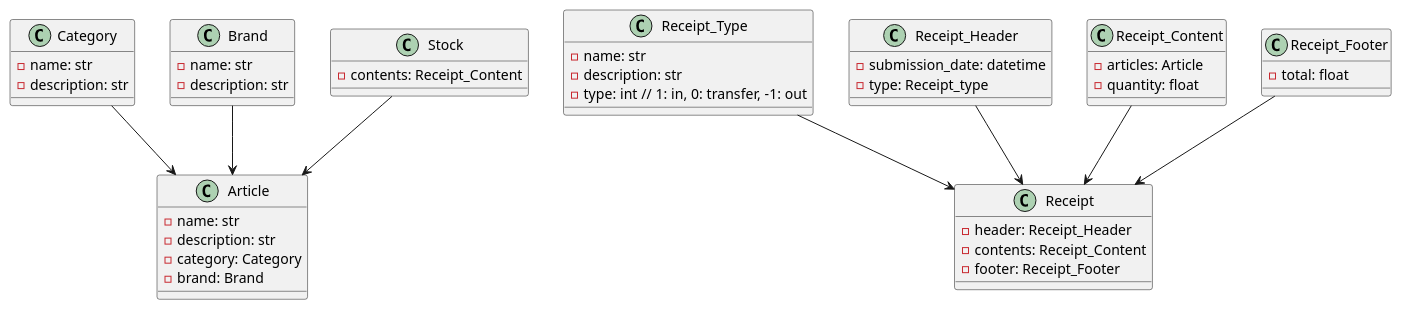
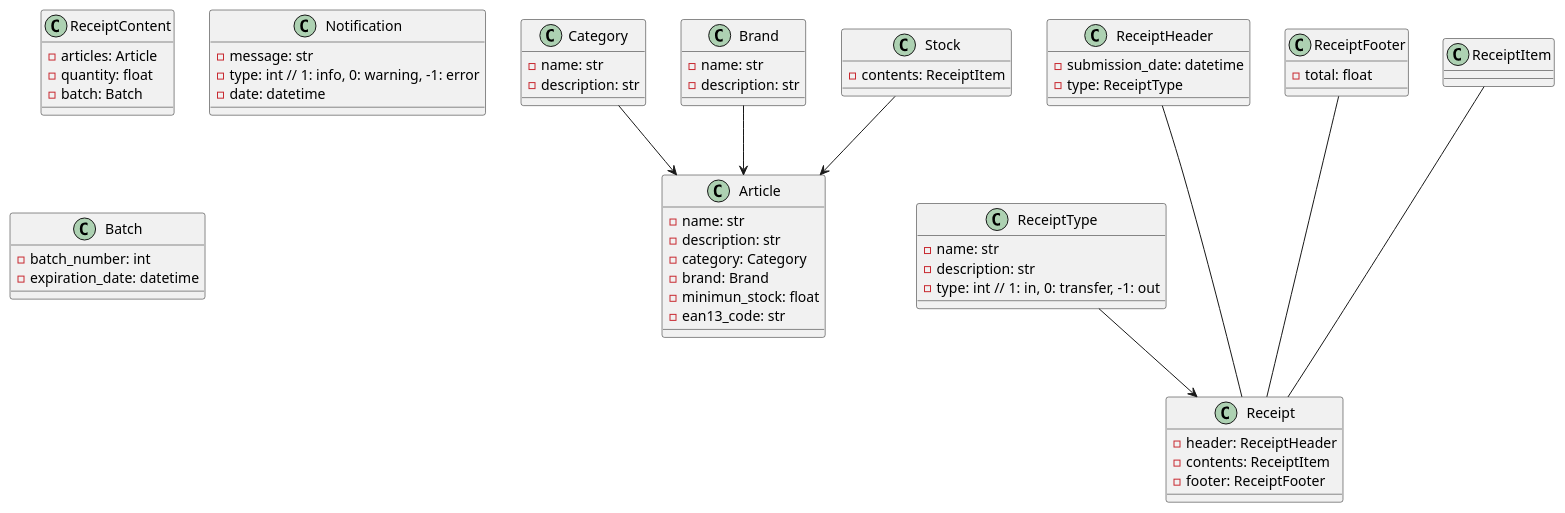
The diagram in docs/class_diagram.puml (Facumerino03/gestion-de-inventario), drawn with PlantUML before and after one commit.

Commit message:
#2 Refactor class diagram by renaming classes, adding missing attributes and creating new classes

```diff
--- a/docs/class_diagram.puml
+++ b/docs/class_diagram.puml
@@ -1,64 +1,76 @@
 @startuml classes
 
 class Article {
     - name: str
     - description: str
     - category: Category
     - brand: Brand
+    - minimun_stock: float
+    - ean13_code: str
 
 }
 
-class Receipt_Type {
+class ReceiptType {
     - name: str
     - description: str
     - type: int // 1: in, 0: transfer, -1: out
 }
 
 class Receipt {
-    - header: Receipt_Header
-    - contents: Receipt_Content
-    - footer: Receipt_Footer
+    - header: ReceiptHeader
+    - contents: ReceiptItem
+    - footer: ReceiptFooter
 }
 
-class Receipt_Header {
+class ReceiptHeader {
     - submission_date: datetime
-    - type: Receipt_type
+    - type: ReceiptType
 
 }
 
-class Receipt_Content {
+class ReceiptContent {
     - articles: Article
     - quantity: float
+    - batch: Batch
 
 }
 
-class Receipt_Footer {
+class ReceiptFooter {
     - total: float
 
 }
-
-Receipt_Header --> Receipt
-Receipt_Content --> Receipt
-Receipt_Footer --> Receipt
 
 class Category {
     - name: str
     - description: str
 }
 
 class Brand {
     - name: str
     - description: str
 }
 
 class Stock {
-    - contents: Receipt_Content
+    - contents: ReceiptItem
 }
 
+class Notification {
+    - message: str
+    - type: int // 1: info, 0: warning, -1: error
+    - date: datetime
+}
 
+class Batch {
+    - batch_number: int
+    - expiration_date: datetime
+}
+
+ReceiptHeader --- Receipt
+ReceiptItem --- Receipt
+ReceiptFooter --- Receipt
 Stock --> Article
 Category --> Article
 Brand --> Article
-Receipt_Type --> Receipt
+ReceiptType --> Receipt
 
 @enduml
```
